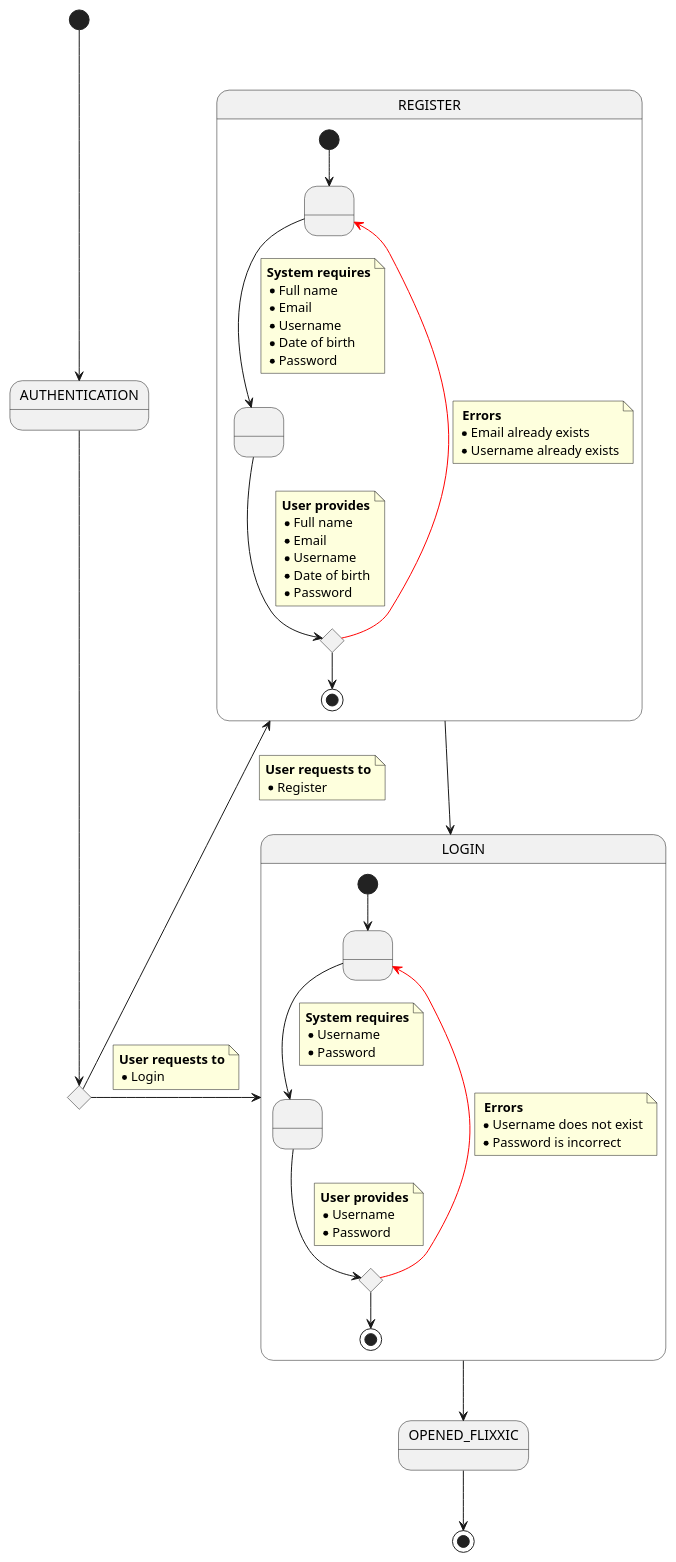
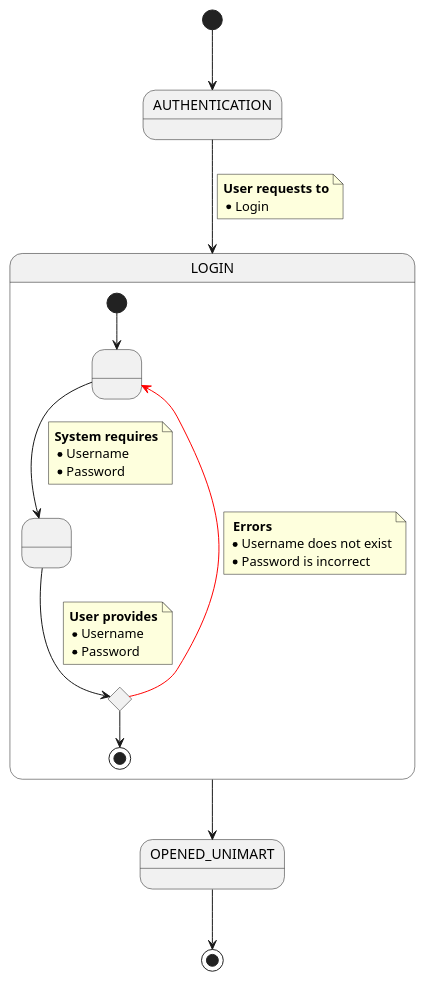
Before and after one commit to vfred0/unimart-requirements: the diagram in docs/1-requeriments/2-use-cases-specifications/authentication.puml, drawn with PlantUML. The commit also changed 1 other file, not shown here.

Commit message:
Updated authentication

```diff
--- a/docs/1-requeriments/2-use-cases-specifications/authentication.puml
+++ b/docs/1-requeriments/2-use-cases-specifications/authentication.puml
@@ -1,99 +1,47 @@
 @startuml authentication
 state AUTHENTICATION
 state LOGIN
-state REGISTER
-state OPENED_FLIXXIC
-
+state OPENED_UNIMART
 
 [*] --> AUTHENTICATION
-state register <<choice>>
-AUTHENTICATION --> register
-register -right-> LOGIN
+AUTHENTICATION --> LOGIN
 note on link
 <b>User requests to</b>
 * Login
 end note
-
-register -left-> REGISTER
-note on link
-<b>User requests to</b>
-* Register
-end note
-
-state REGISTER {
-    state R1 as " "
-    state RConditional <<choice>>
-    state R2 as " "
-
-    [*] --> R1
-
-    R1 --> R2
-    note on link
-    <b>System requires</b>
-    * Full name
-    * Email
-    * Username
-    * Date of birth    
-    * Password
-    end note
-
-    R2 --> RConditional
-    note on link
-    <b>User provides</b>
-    * Full name
-    * Email
-    * Username
-    * Date of birth
-    * Password
-    end note
-
-    
-    RConditional -[#red]-> R1
-    note on link
-    <b> Errors </b>
-    * Email already exists
-    * Username already exists          
-    end note
-
-    RConditional --> [*]    
-}
-
 
 state LOGIN {
 
     state 1 as " "
     state conditional <<choice>>
     state 2 as " "
 
     [*] --> 1
 
     1 --> 2
     note on link
     <b>System requires</b>
     * Username
     * Password
     end note
 
     2 --> conditional
     note on link
     <b>User provides</b>
     * Username
     * Password
     end note
 
     conditional -[#red]-> 1
     note on link
     <b> Errors </b>
     * Username does not exist
     * Password is incorrect
     end note              
 
     conditional --> [*]
 }
 
-
-REGISTER --> LOGIN
-LOGIN --> OPENED_FLIXXIC
-OPENED_FLIXXIC --> [*]
-
+LOGIN --> OPENED_UNIMART
+OPENED_UNIMART --> [*]
 @enduml
```
